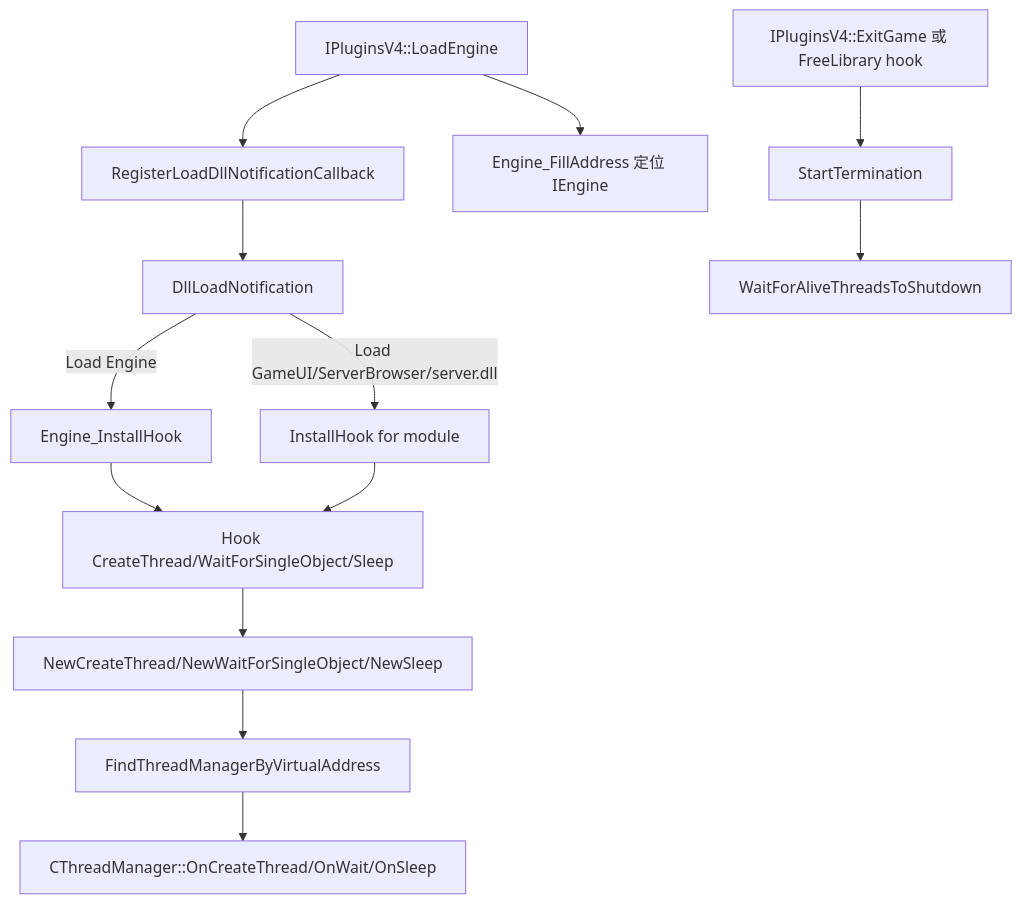
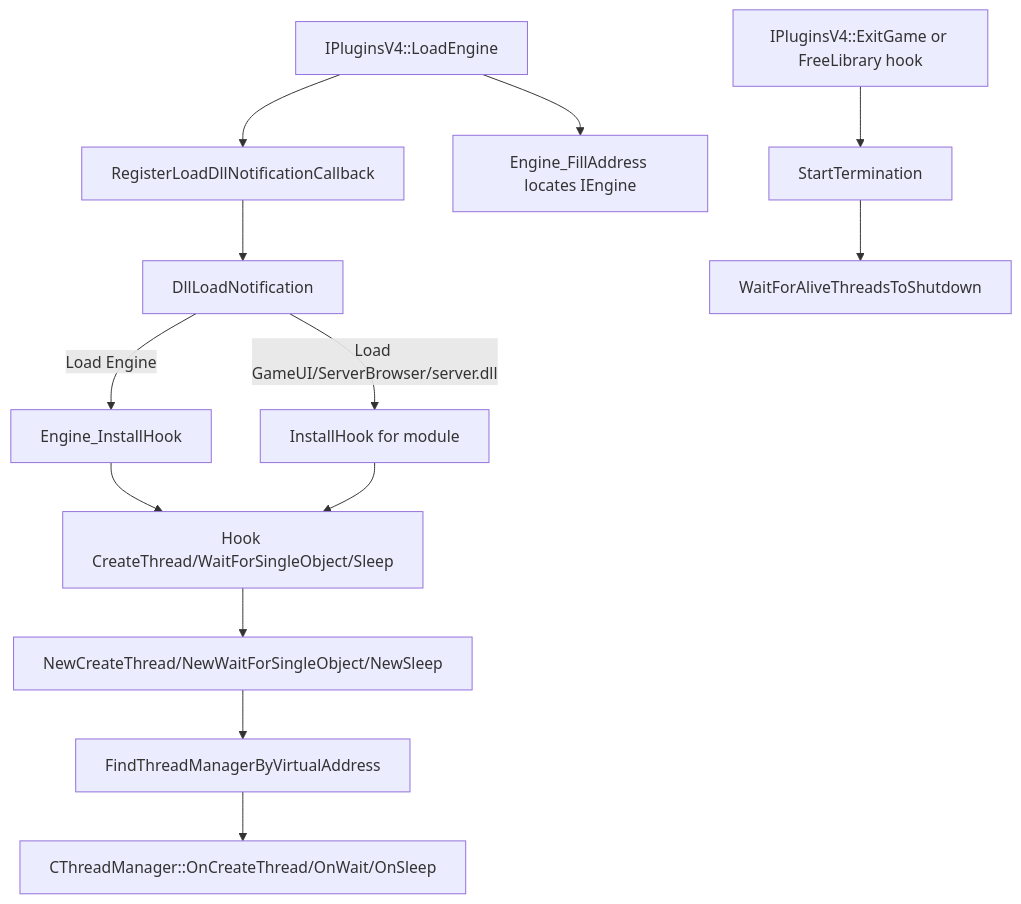
The diagram in memory/ThreadGuard.md (hzqst/MetaHookSv), drawn with Mermaid before and after one commit. The commit also changed other lines of this file and 47 other files, not shown here.

````diff
--- a/memory/ThreadGuard.md
+++ b/memory/ThreadGuard.md
@@ -39,15 +39,15 @@
 ```mermaid
 flowchart TD
     A[IPluginsV4::LoadEngine] --> B[RegisterLoadDllNotificationCallback]
-    A --> C[Engine_FillAddress 定位 IEngine]
+    A --> C[Engine_FillAddress locates IEngine]
     B --> D[DllLoadNotification]
     D -->|Load Engine| E[Engine_InstallHook]
     D -->|Load GameUI/ServerBrowser/server.dll| F[InstallHook for module]
     E --> G[Hook CreateThread/WaitForSingleObject/Sleep]
     F --> G
     G --> H[NewCreateThread/NewWaitForSingleObject/NewSleep]
     H --> I[FindThreadManagerByVirtualAddress]
     I --> J[CThreadManager::OnCreateThread/OnWait/OnSleep]
-    K[IPluginsV4::ExitGame 或 FreeLibrary hook] --> L[StartTermination]
+    K[IPluginsV4::ExitGame or FreeLibrary hook] --> L[StartTermination]
     L --> M[WaitForAliveThreadsToShutdown]
 ```
````
